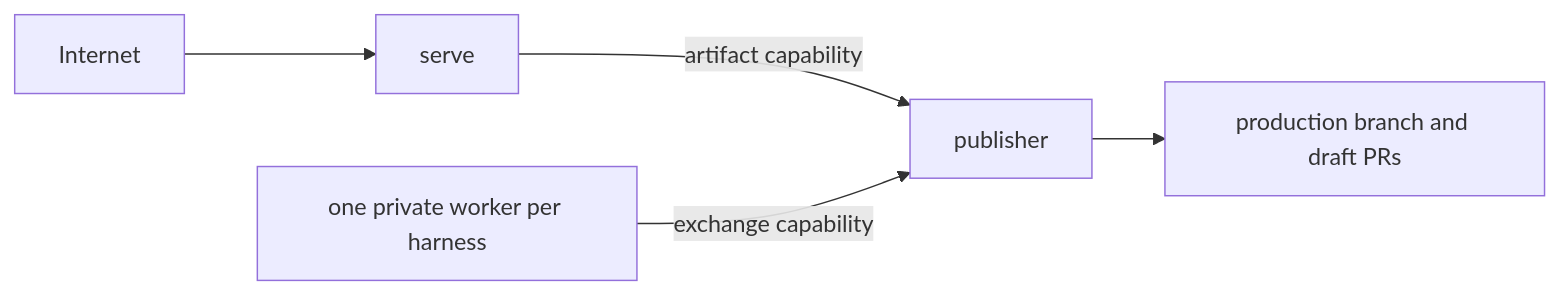
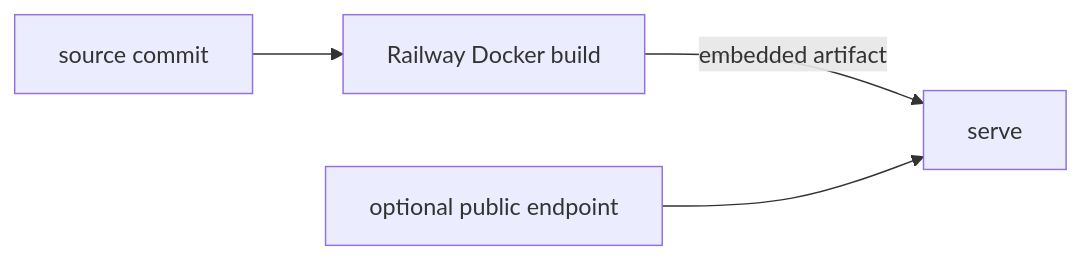
One commit to openknowledge-sh/openknowledge changed the diagram in Wiki/features/commands/deploy.md. Above: the diagram before and after it, drawn with Mermaid. The commit also changed other lines of this file and 12 other files, not shown here.

````diff
--- a/Wiki/features/commands/deploy.md
+++ b/Wiki/features/commands/deploy.md
@@ -99,7 +111,6 @@
 ```mermaid
 flowchart LR
-  Internet["Internet"] --> Serve["serve"]
-  Serve -->|"artifact capability"| Publisher["publisher"]
-  Workers["one private worker per harness"] -->|"exchange capability"| Publisher
-  Publisher --> GitHub["production branch and draft PRs"]
+  Commit["source commit"] --> Build["Railway Docker build"]
+  Build -->|"embedded artifact"| Serve["serve"]
+  Internet["optional public endpoint"] --> Serve
 ```
````
